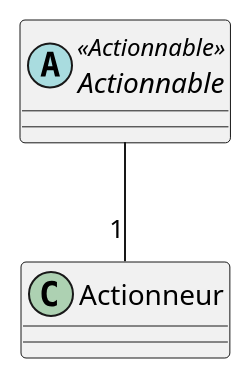
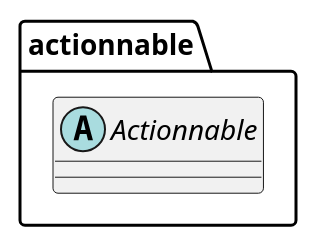
Before and after one commit to beerfactory/brewbox-uml: the diagram in src/class/include/actionnable.iuml, drawn with PlantUML. The commit also changed 23 other files, not shown here.

```diff
--- a/src/class/include/actionnable.iuml
+++ b/src/class/include/actionnable.iuml
@@ -1,5 +1,4 @@
-abstract class Actionnable <<Actionnable>> {
-	
+package actionnable {
+	abstract class Actionnable  {	
+	}
 }
-
-Actionnable -- "1" Actionneur
```
